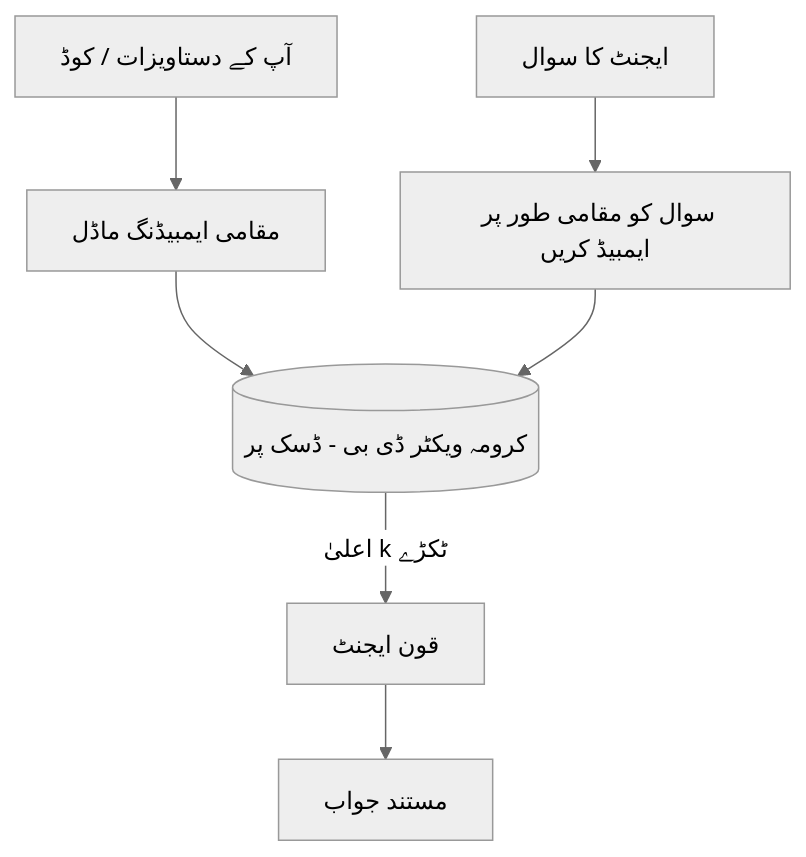
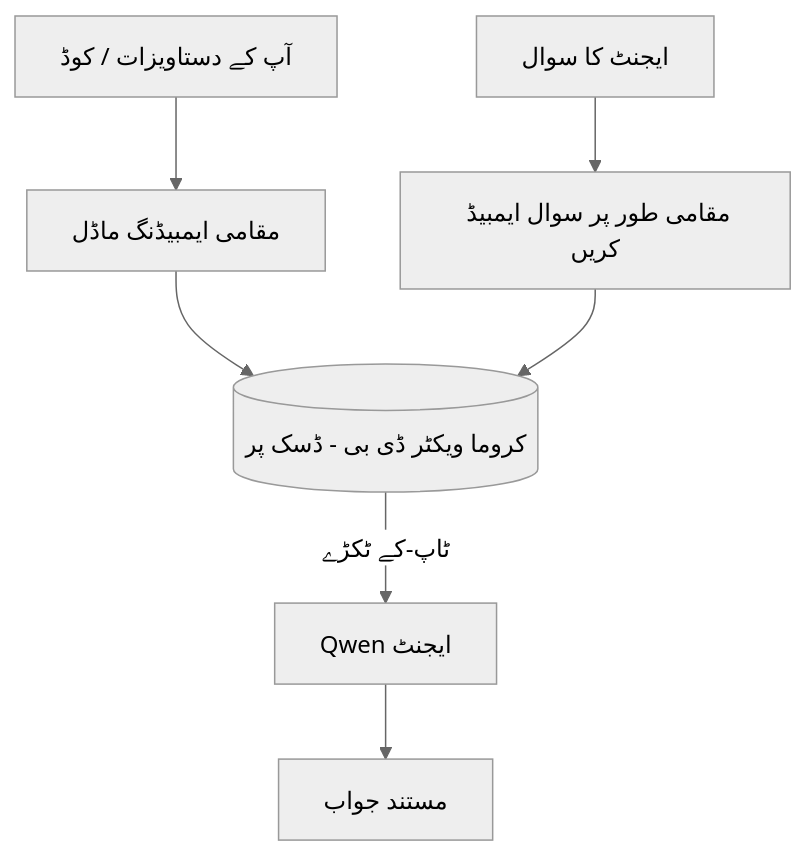
The third of 4 diagrams in translations/ur/17-creating-local-ai-agents/README.md (microsoft/ai-agents-for-beginners), drawn with Mermaid (neutral theme) before and after one commit. The commit also changed other lines of this file and 47 other files, not shown here.

````diff
--- a/translations/ur/17-creating-local-ai-agents/README.md
+++ b/translations/ur/17-creating-local-ai-agents/README.md
@@ -126,9 +126,9 @@
 ```mermaid
 flowchart TB
     D[آپ کے دستاویزات / کوڈ] --> E[مقامی ایمبیڈنگ ماڈل]
-    E --> V[(کرومہ ویکٹر ڈی بی - ڈسک پر)]
-    Q[ایجنٹ کا سوال] --> QE[سوال کو مقامی طور پر ایمبیڈ کریں]
+    E --> V[(کروما ويکٹر ڈی بی - ڈسک پر)]
+    Q[ایجنٹ کا سوال] --> QE[مقامی طور پر سوال ایمبیڈ کریں]
     QE --> V
-    V -->|اعلیٰ k ٹکڑے| A[قون ایجنٹ]
+    V -->|ٹاپ-کے ٹکڑے| A[Qwen ایجنٹ]
     A --> Ans[مستند جواب]
 ```
````
